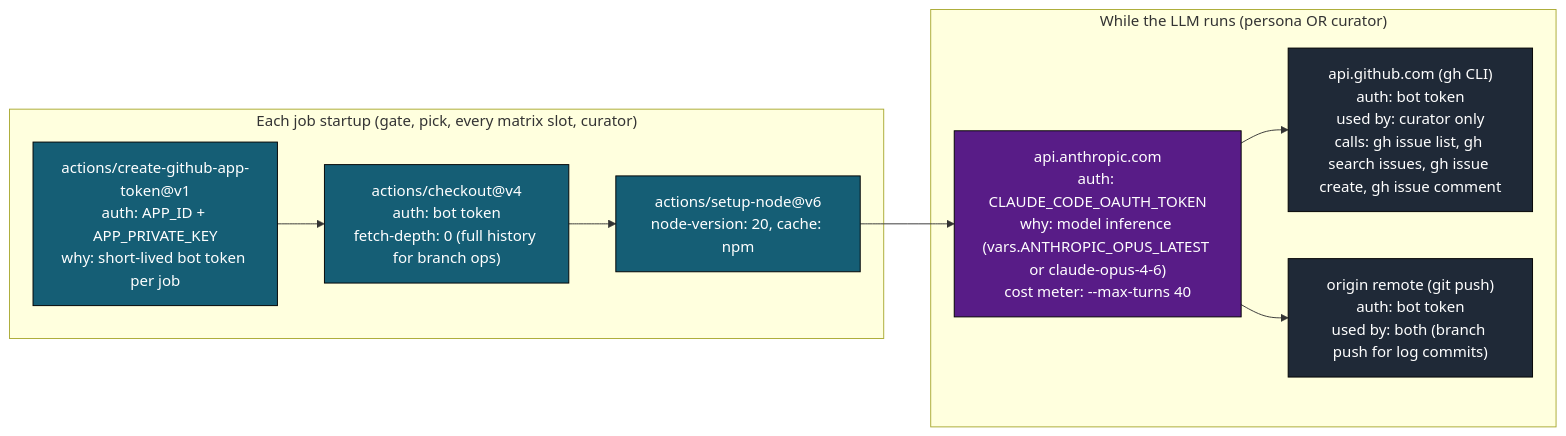
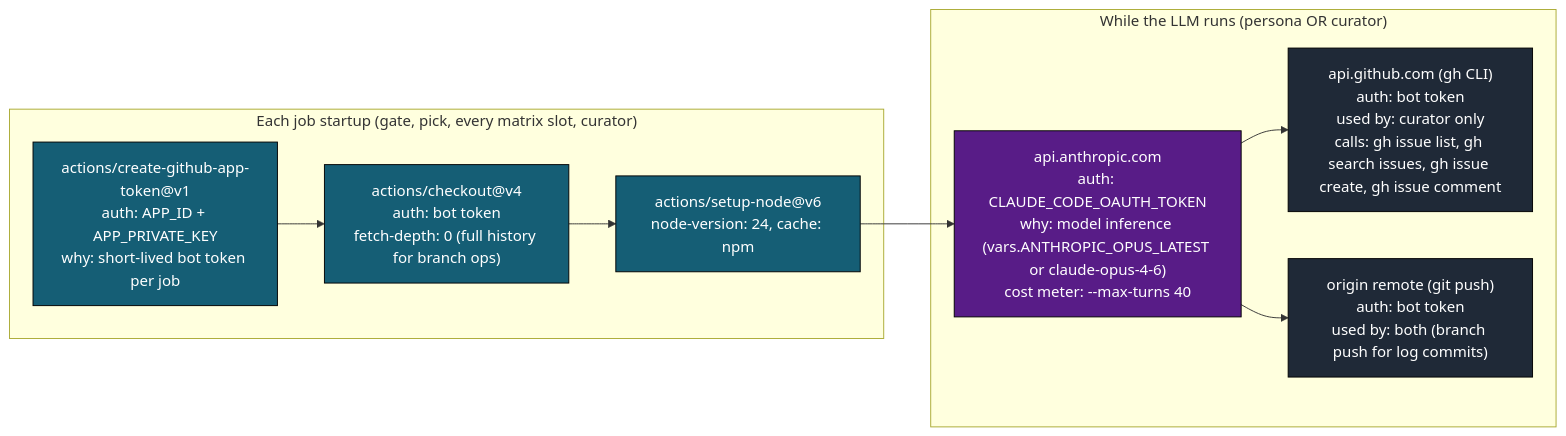
The eighth of 12 diagrams in .github/docs/PERSONAS_RUN_DEEP_DIVE.md (llm-exe/llm-exe), drawn with Mermaid before and after one commit. The commit also changed 6 other files, not shown here.

Commit message:
chore: update Node.js version to 24 in documentation deep dive files

````diff
--- a/.github/docs/PERSONAS_RUN_DEEP_DIVE.md
+++ b/.github/docs/PERSONAS_RUN_DEEP_DIVE.md
@@ -482,24 +482,24 @@
 ```mermaid
 flowchart LR
     classDef pre fill:#155e75,color:#fff,stroke:#000
     classDef llm fill:#581c87,color:#fff,stroke:#000
     classDef gh fill:#1f2937,color:#fff,stroke:#000
 
     subgraph Pre["Each job startup (gate, pick, every matrix slot, curator)"]
         c1["actions/create-github-app-token@v1\nauth: APP_ID + APP_PRIVATE_KEY\nwhy: short-lived bot token per job"]:::pre
         c2["actions/checkout@v4\nauth: bot token\nfetch-depth: 0 (full history for branch ops)"]:::pre
-        c3["actions/setup-node@v6\nnode-version: 20, cache: npm"]:::pre
+        c3["actions/setup-node@v6\nnode-version: 24, cache: npm"]:::pre
     end
 
     subgraph During["While the LLM runs (persona OR curator)"]
         d1["api.anthropic.com\nauth: CLAUDE_CODE_OAUTH_TOKEN\nwhy: model inference (vars.ANTHROPIC_OPUS_LATEST or claude-opus-4-6)\ncost meter: --max-turns 40"]:::llm
         d2["api.github.com (gh CLI)\nauth: bot token\nused by: curator only\ncalls: gh issue list, gh search issues, gh issue create, gh issue comment"]:::gh
         d3["origin remote (git push)\nauth: bot token\nused by: both (branch push for log commits)"]:::gh
     end
 
     c1 --> c2
     c2 --> c3
     c3 --> d1
     d1 --> d2
     d1 --> d3
 ```
````
